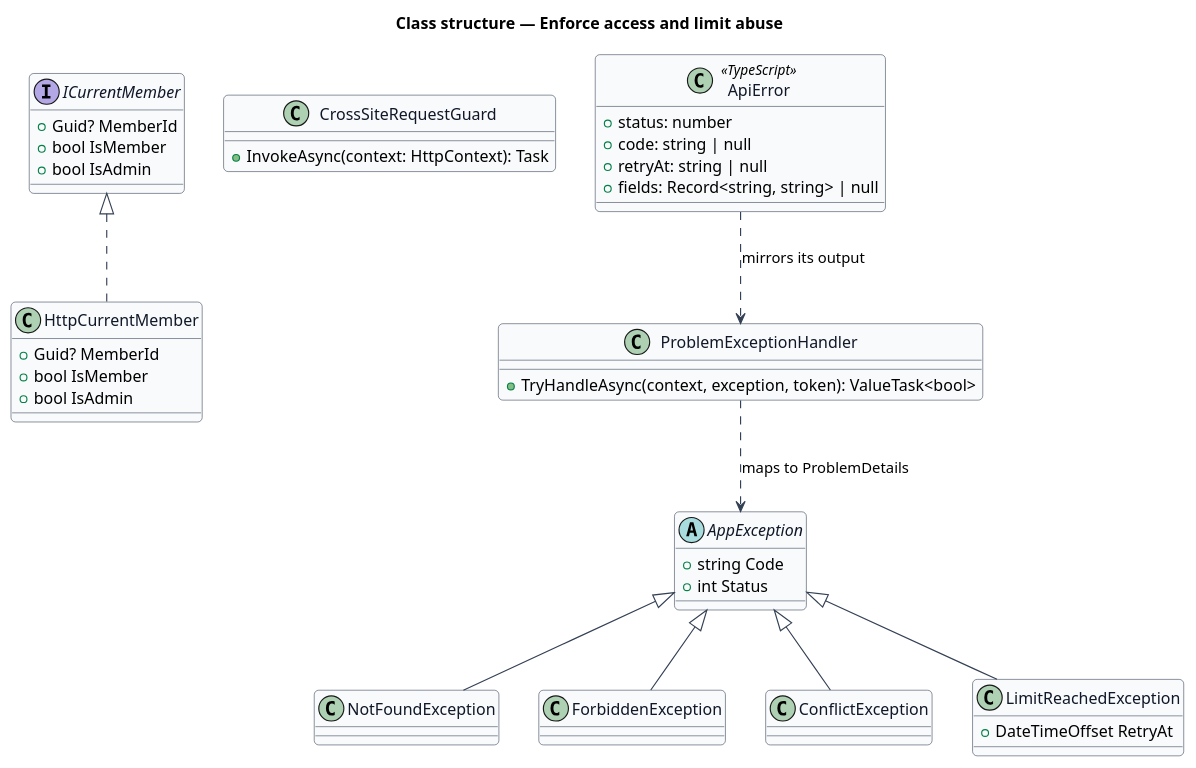
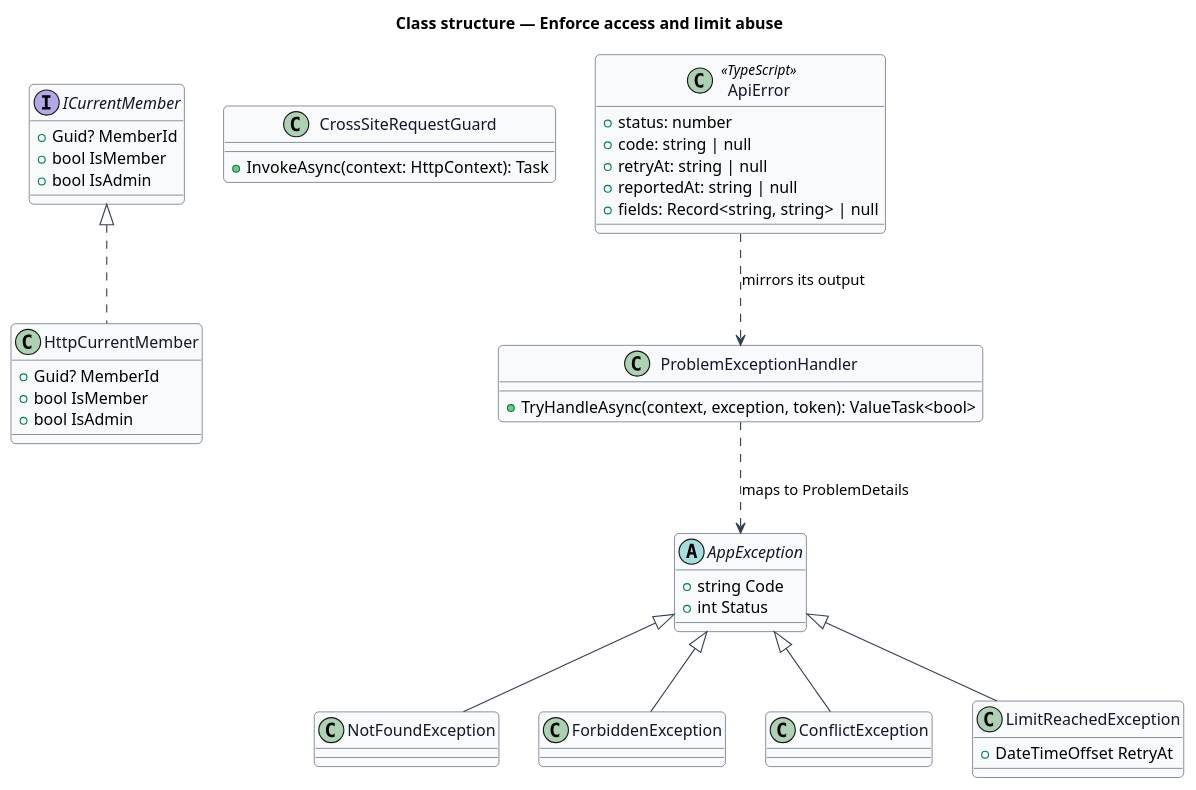
The diagram in docs/detailed-designs/platform/enforce-access/diagrams/class-structure.puml (QuinntyneBrown/christian-rent), drawn with PlantUML before and after one commit. The commit also changed 14 other files, not shown here.

```diff
--- a/docs/detailed-designs/platform/enforce-access/diagrams/class-structure.puml
+++ b/docs/detailed-designs/platform/enforce-access/diagrams/class-structure.puml
@@ -1,55 +1,56 @@
 @startuml
 ' --- shared skin header ---
 skinparam backgroundColor #FFFFFF
 skinparam shadowing false
 skinparam roundcorner 8
 skinparam defaultFontName Arial
 skinparam ArrowColor #344054
 skinparam class {
   BorderColor #344054
   FontColor #101828
   BackgroundColor #F9FAFB
 }
 ' --------------------------
 title Class structure — Enforce access and limit abuse
 
 interface ICurrentMember {
   +Guid? MemberId
   +bool IsMember
   +bool IsAdmin
 }
 class HttpCurrentMember {
   +Guid? MemberId
   +bool IsMember
   +bool IsAdmin
 }
 class CrossSiteRequestGuard {
   +InvokeAsync(context: HttpContext): Task
 }
 class ProblemExceptionHandler {
   +TryHandleAsync(context, exception, token): ValueTask<bool>
 }
 abstract class AppException {
   +string Code
   +int Status
 }
 class NotFoundException
 class ForbiddenException
 class ConflictException
 class LimitReachedException {
   +DateTimeOffset RetryAt
 }
 class ApiError <<TypeScript>> {
   +status: number
   +code: string | null
   +retryAt: string | null
+  +reportedAt: string | null
   +fields: Record<string, string> | null
 }
 ICurrentMember <|.. HttpCurrentMember
 AppException <|-- NotFoundException
 AppException <|-- ForbiddenException
 AppException <|-- ConflictException
 AppException <|-- LimitReachedException
 ProblemExceptionHandler ..> AppException : maps to ProblemDetails
 ApiError ..> ProblemExceptionHandler : mirrors its output
 @enduml
```
